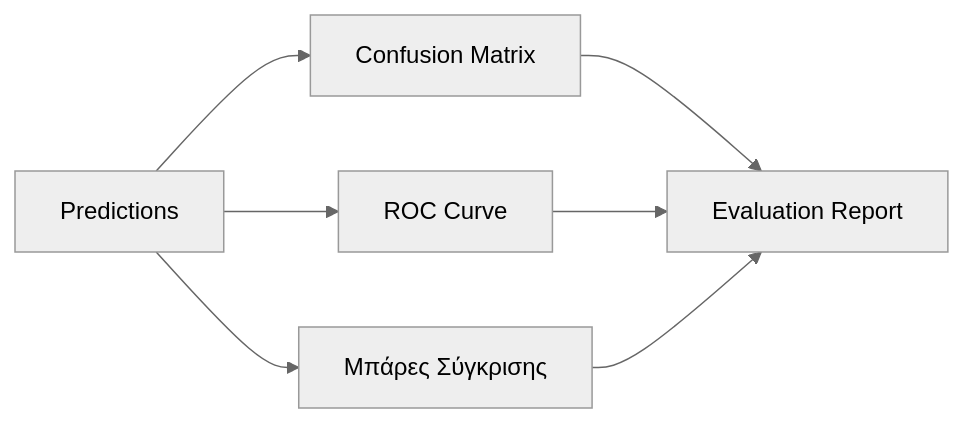
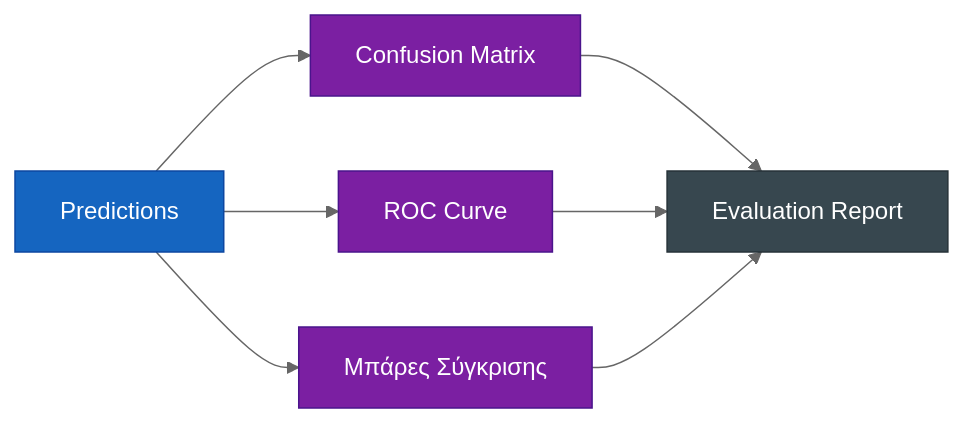
Before and after one commit to Ma1cOS/Big-Data: the fifth of 5 diagrams in README.md, drawn with Mermaid (neutral theme). The commit also changed other lines of this file, not shown here.

First line of the commit message:
Διόρθωση Mermaid διαγραμμάτων: dark-mode χρώματα & σειριακό Gantt

````diff
--- a/README.md
+++ b/README.md
@@ -336,9 +361,19 @@
 ```mermaid
 flowchart LR
     PRED[Predictions] --> CM[Confusion Matrix]
     PRED --> ROC[ROC Curve]
     PRED --> BAR[Μπάρες Σύγκρισης]
     CM --> REPORT[Evaluation Report]
     ROC --> REPORT
     BAR --> REPORT
+
+    classDef blue fill:#1565c0,color:#fff,stroke:#0d47a1
+    classDef purple fill:#7b1fa2,color:#fff,stroke:#4a148c
+    classDef green fill:#2e7d32,color:#fff,stroke:#1b5e20
+    classDef grey fill:#37474f,color:#fff,stroke:#263238
+    class PRED blue
+    class CM purple
+    class ROC purple
+    class BAR purple
+    class REPORT grey
 ```
````
